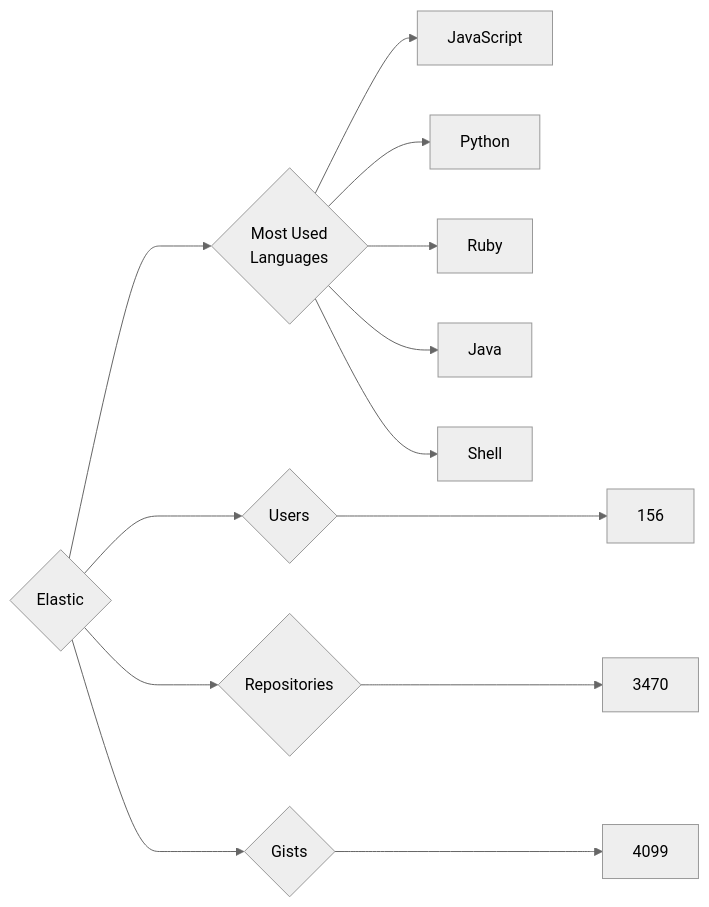
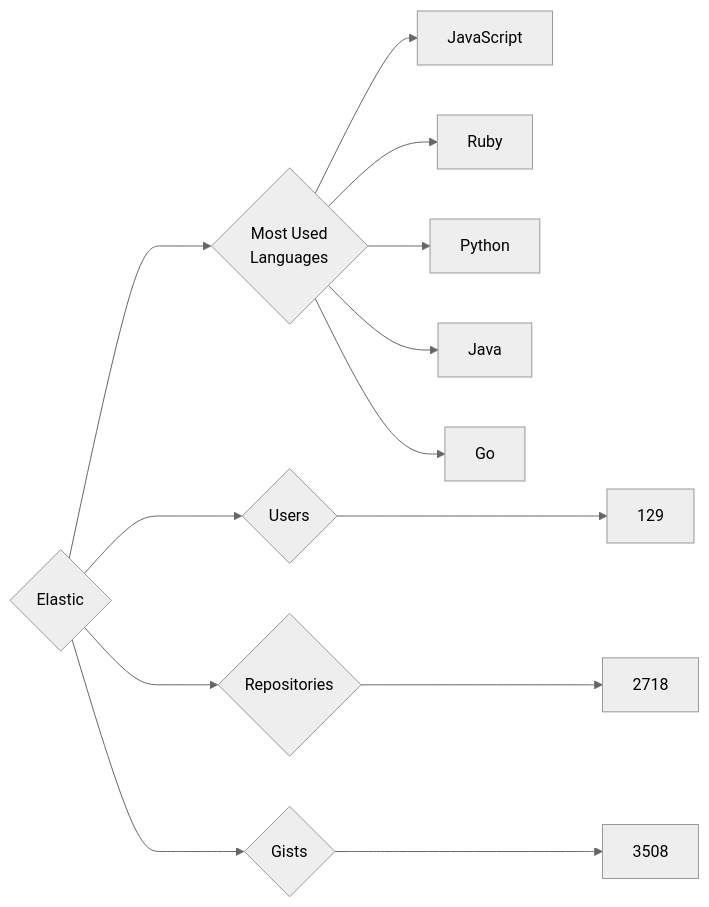
The diagram in targets/Elastic/README.md (trickest/insiders), drawn with Mermaid (neutral theme) before and after one commit. The commit also changed 782 other files, not shown here.

````diff
--- a/targets/Elastic/README.md
+++ b/targets/Elastic/README.md
@@ -3,13 +3,13 @@
 ```mermaid
 graph LR
 COMPANY_NAME{Elastic}
-COMPANY_NAME ---> U{Users} ---> UN[156]
-COMPANY_NAME ---> R{Repositories} ---> RN[3470]
-COMPANY_NAME ---> G{Gists} ---> GN[4099]
+COMPANY_NAME ---> U{Users} ---> UN[129]
+COMPANY_NAME ---> R{Repositories} ---> RN[2718]
+COMPANY_NAME ---> G{Gists} ---> GN[3508]
 COMPANY_NAME ---> ML{Most Used<br>Languages}
 ML --> JavaScript[JavaScript]
+ML --> Ruby[Ruby]
 ML --> Python[Python]
-ML --> Ruby[Ruby]
 ML --> Java[Java]
-ML --> Shell[Shell]
+ML --> Go[Go]
 ```
````
